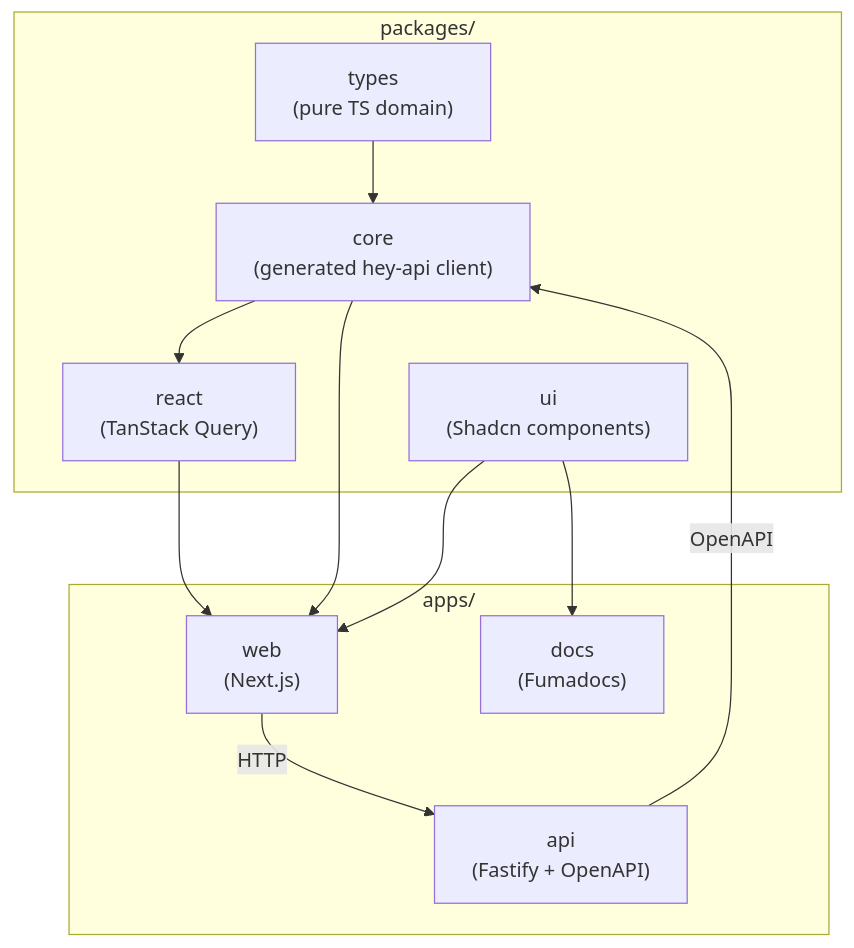
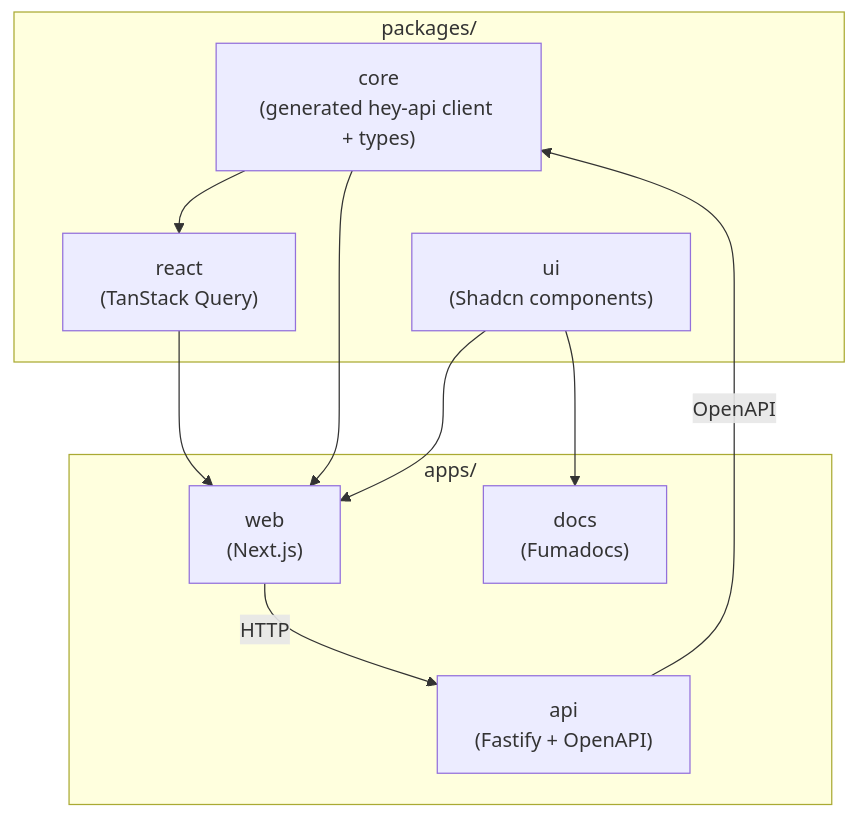
One commit to blockmatic/basilic changed the diagram in apps/docs/content/docs/architecture/monorepo.mdx. Above: the diagram before and after it, drawn with Mermaid. The commit also changed other lines of this file and 62 other files, not shown here.

First line of the commit message:
refactor: schema workflow (#26)

````diff
--- a/apps/docs/content/docs/architecture/monorepo.mdx
+++ b/apps/docs/content/docs/architecture/monorepo.mdx
@@ -29,24 +29,22 @@
 ```mermaid
 flowchart TB
   subgraph Packages["packages/"]
-    Types["types<br/>(pure TS domain)"]
-    Core["core<br/>(generated hey-api client)"]
+    Core["core<br/>(generated hey-api client + types)"]
     React["react<br/>(TanStack Query)"]
     UI["ui<br/>(Shadcn components)"]
   end
 
   subgraph Apps["apps/"]
     API["api<br/>(Fastify + OpenAPI)"]
     Web["web<br/>(Next.js)"]
     Docs["docs<br/>(Fumadocs)"]
   end
 
-  Types --> Core
   API -->|OpenAPI| Core
   Core --> React
   React --> Web
   Core --> Web
   UI --> Web
   UI --> Docs
   Web -->|HTTP| API
 ```
````
